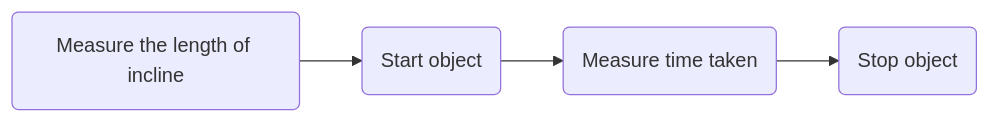
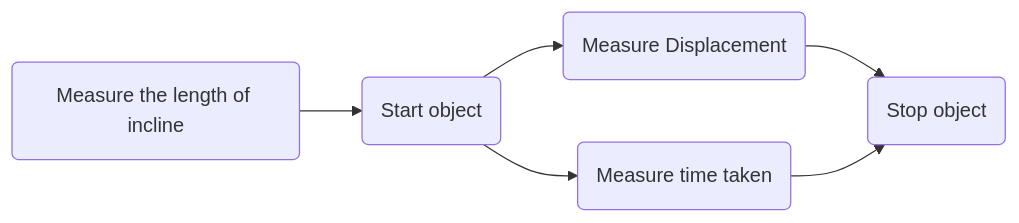
The diagram in markdown-notes/Units 1-4 Progress Checks.md (oupadhyay/AP-Physics-1), drawn with Mermaid before and after one commit. The commit also changed other lines of this file, not shown here.

````diff
--- a/markdown-notes/Units 1-4 Progress Checks.md
+++ b/markdown-notes/Units 1-4 Progress Checks.md
@@ -29,8 +31,10 @@
 ```mermaid
 graph LR
 A(Measure the length of incline)
 A --> B(Start object)
 B --> C(Measure time taken)
-C --> D(Stop object)
+B --> D(Measure Displacement)
+D --> E(Stop object)
+C --> E(Stop object)
 
 ```
````
